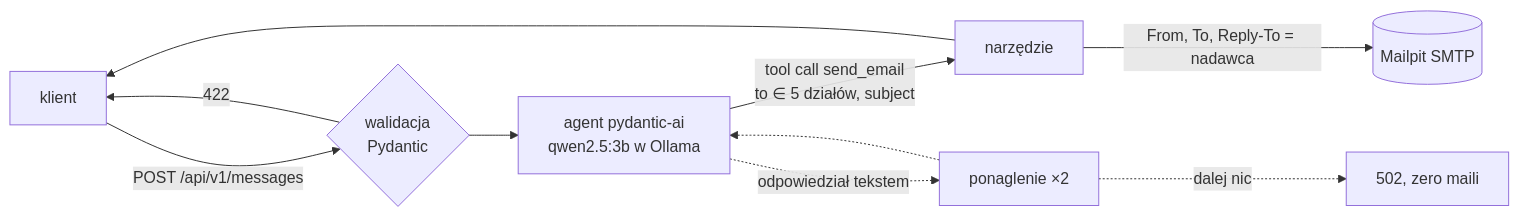
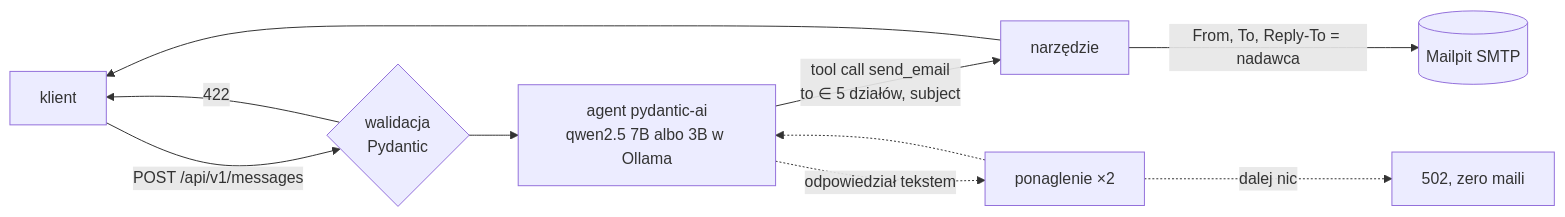
The diagram in README.md (konrad-szydlowski/wskz-router-ai), drawn with Mermaid before and after one commit. The commit also changed other lines of this file and 11 other files, not shown here.

````diff
--- a/README.md
+++ b/README.md
@@ -50,11 +52,11 @@
 ```mermaid
 flowchart LR
     C[klient] -->|POST /api/v1/messages| V{walidacja<br/>Pydantic}
     V -->|422| C
-    V --> A[agent pydantic-ai<br/>qwen2.5:3b w Ollama]
+    V --> A[agent pydantic-ai<br/>qwen2.5 7B albo 3B w Ollama]
     A -->|tool call send_email<br/>to ∈ 5 działów, subject| T[narzędzie]
     A -.->|odpowiedział tekstem| N[ponaglenie ×2] -.-> A
     N -.->|dalej nic| E[502, zero maili]
     T -->|From, To, Reply-To = nadawca| S[(Mailpit SMTP)]
     T --> C
 ```
````
